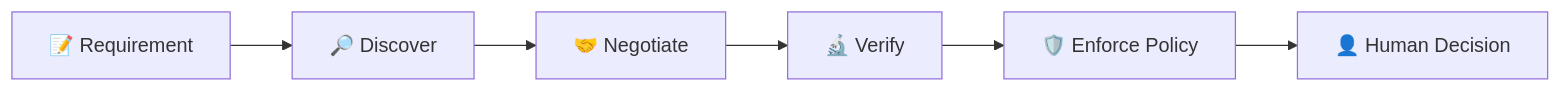
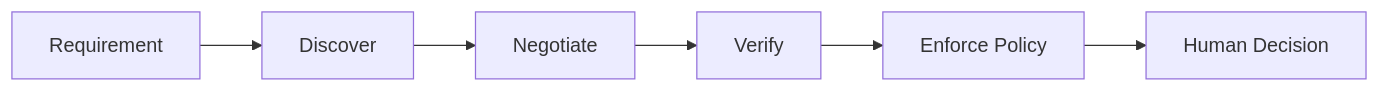
One commit to maha-rk/pact changed the first of 6 diagrams in README.md. Above: the diagram before and after it, drawn with Mermaid. The commit also changed other lines of this file, not shown here.

````diff
--- a/README.md
+++ b/README.md
@@ -70,8 +70,8 @@
 ```mermaid
 flowchart LR
-    A["📝 Requirement"] --> B["🔎 Discover"]
-    B --> C["🤝 Negotiate"]
-    C --> D["🔬 Verify"]
-    D --> E["🛡️ Enforce Policy"]
-    E --> F["👤 Human Decision"]
+    A["Requirement"] --> B["Discover"]
+    B --> C["Negotiate"]
+    C --> D["Verify"]
+    D --> E["Enforce Policy"]
+    E --> F["Human Decision"]
 ```
````
